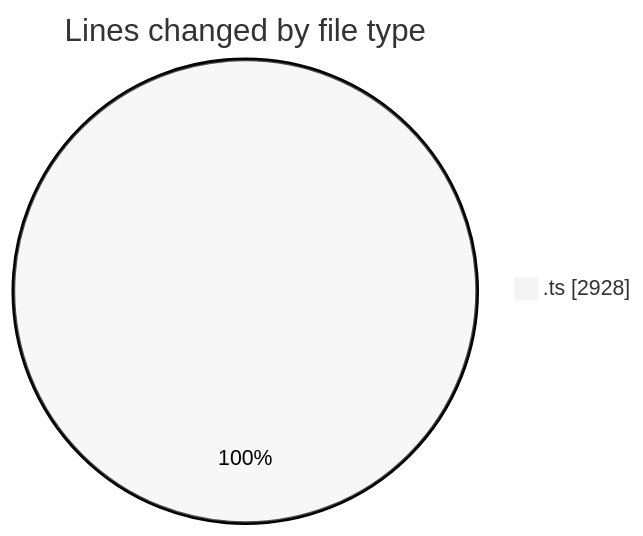
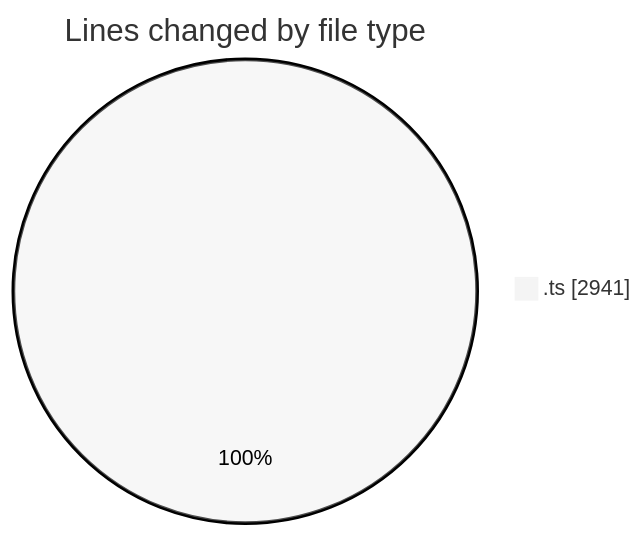
One commit to momahboobian/code-tracking changed the first of 2 diagrams in 2025-06-24/cda/README.md. Above: the diagram before and after it, drawn with Mermaid (neutral theme). The commit also changed other lines of this file and 1 other file, not shown here.

````diff
--- a/2025-06-24/cda/README.md
+++ b/2025-06-24/cda/README.md
@@ -24,5 +24,5 @@
 ```mermaid
 pie showData
 title Lines changed by file type
-".ts" : 2928
+".ts" : 2941
 ```
````
